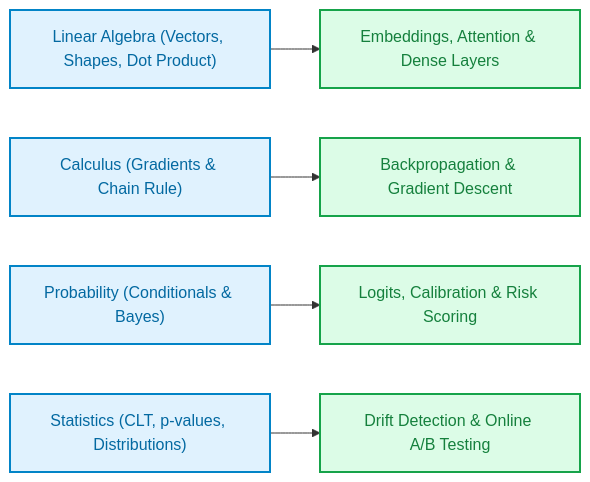
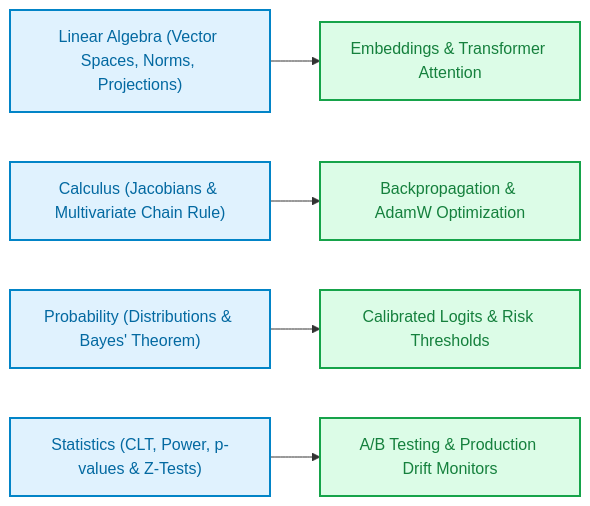
Before and after one commit to FirdowsRahaman/agentic-ai-and-ml-roadmap: the diagram in curriculum/01-foundations/02_math_and_statistics.md, drawn with Mermaid. The commit also changed other lines of this file and 37 other files, not shown here.

````diff
--- a/curriculum/01-foundations/02_math_and_statistics.md
+++ b/curriculum/01-foundations/02_math_and_statistics.md
@@ -30,13 +35,13 @@
 ```mermaid
 flowchart LR
-    LA["Linear Algebra (Vectors, Shapes, Dot Product)"] --> EMB["Embeddings, Attention & Dense Layers"]
-    CALC["Calculus (Gradients & Chain Rule)"] --> OPT["Backpropagation & Gradient Descent"]
-    PROB["Probability (Conditionals & Bayes)"] --> CLS["Logits, Calibration & Risk Scoring"]
-    STAT["Statistics (CLT, p-values, Distributions)"] --> EXP["Drift Detection & Online A/B Testing"]
+    LA["Linear Algebra (Vector Spaces, Norms, Projections)"] --> EMB["Embeddings & Transformer Attention"]
+    CALC["Calculus (Jacobians & Multivariate Chain Rule)"] --> OPT["Backpropagation & AdamW Optimization"]
+    PROB["Probability (Distributions & Bayes' Theorem)"] --> CAL["Calibrated Logits & Risk Thresholds"]
+    STAT["Statistics (CLT, Power, p-values & Z-Tests)"] --> AB["A/B Testing & Production Drift Monitors"]
 
     classDef math fill:#E0F2FE,stroke:#0284C7,stroke-width:2px,color:#0369A1;
     classDef ml fill:#DCFCE7,stroke:#16A34A,stroke-width:2px,color:#15803D;
 
     class LA,CALC,PROB,STAT math;
-    class EMB,OPT,CLS,EXP ml;
+    class EMB,OPT,CAL,AB ml;
 ```
````
